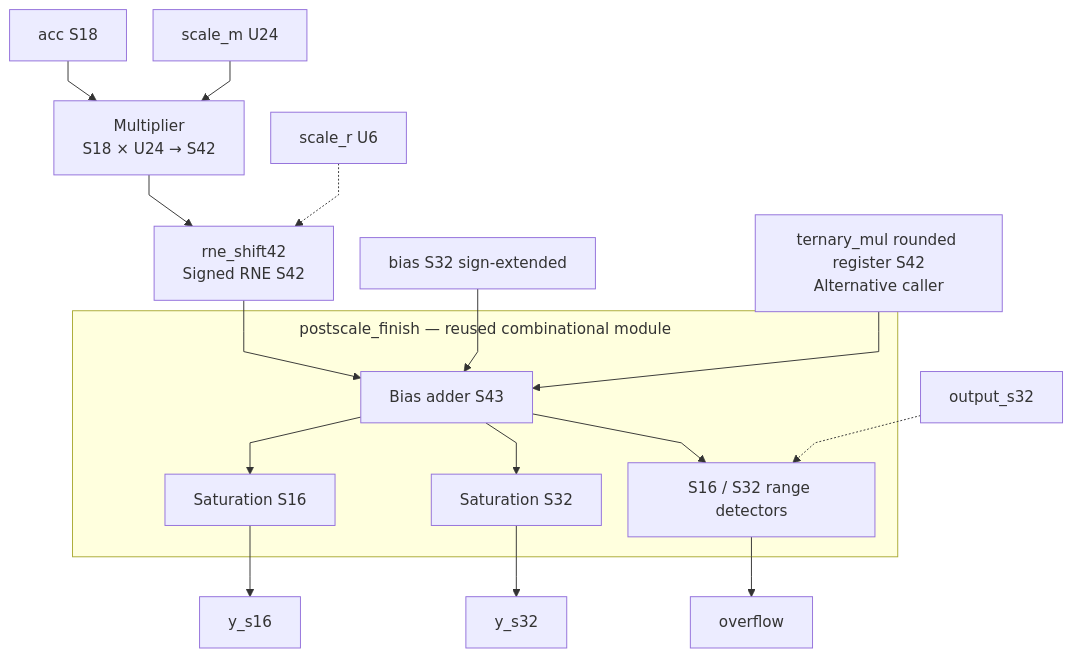
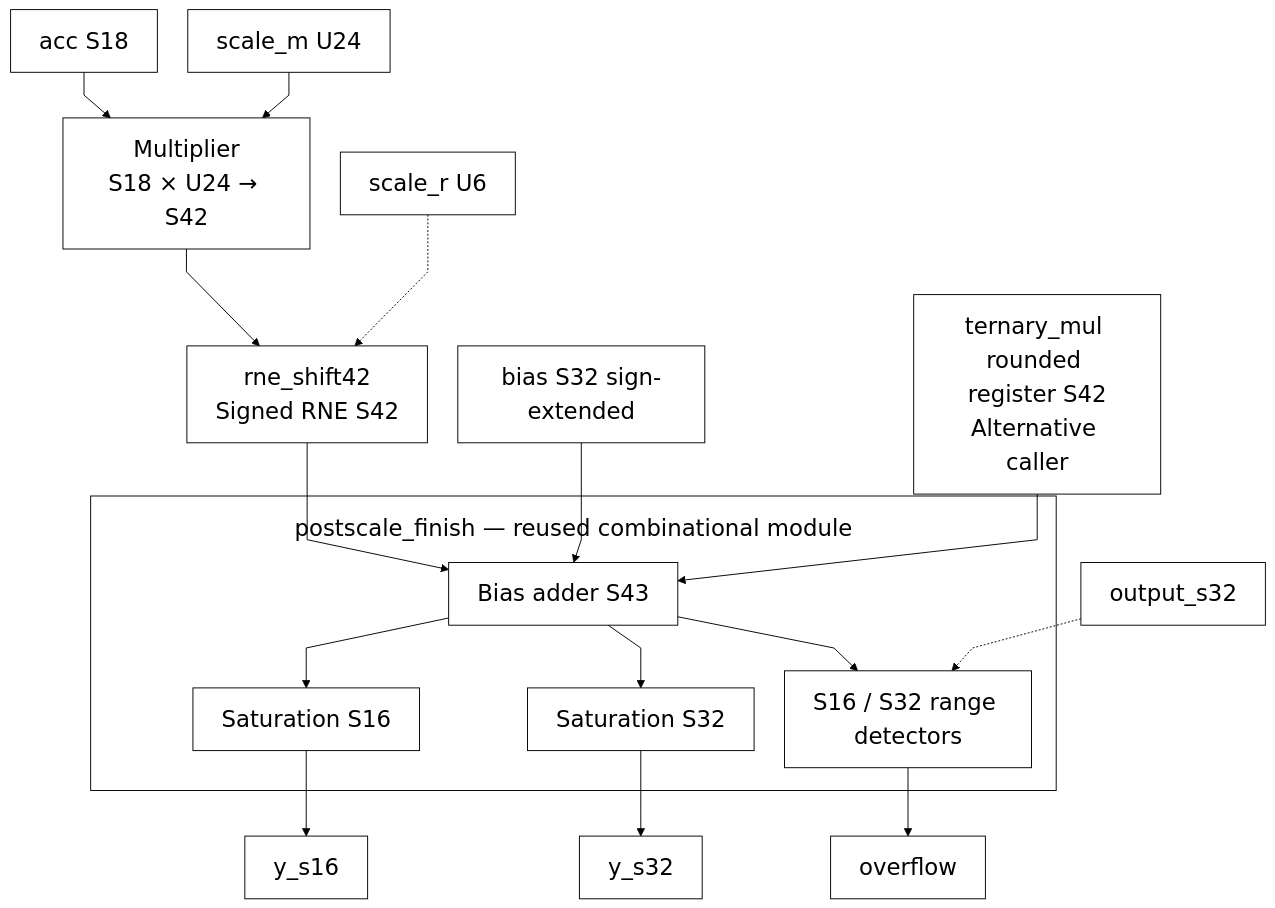
One commit to nguyennhutkhanhtom/NPU changed the first of 2 diagrams in docs/source_guide/blocks/postscale.sv.md. Above: the diagram before and after it, drawn with Mermaid. The commit also changed other lines of this file and 102 other files, not shown here.

First line of the commit message:
docs: refresh guides and source-grounded RTL diagrams

````diff
--- a/docs/source_guide/blocks/postscale.sv.md
+++ b/docs/source_guide/blocks/postscale.sv.md
@@ -15,24 +15,26 @@
 ```mermaid
+%%{init: {"theme":"base","fontFamily":"Arial, sans-serif","themeVariables":{"fontSize":"24px","primaryColor":"#ffffff","primaryTextColor":"#000000","primaryBorderColor":"#000000","secondaryColor":"#ffffff","tertiaryColor":"#ffffff","lineColor":"#000000","textColor":"#000000","mainBkg":"#ffffff","nodeBorder":"#000000","clusterBkg":"#ffffff","clusterBorder":"#000000","edgeLabelBackground":"#ffffff"},"flowchart":{"htmlLabels":true,"useMaxWidth":false,"nodeSpacing":32,"rankSpacing":48,"curve":"linear","subGraphTitleMargin":{"top":16,"bottom":30}}}}%%
 flowchart TB
-%%{init: {"flowchart": {"subGraphTitleMargin": {"top": 8, "bottom": 35}, "nodeSpacing": 28, "rankSpacing": 42, "curve": "linear"}}}%%
-    A["acc S18"] --> MUL["Multiplier<br/>S18 × U24 → S42"]
+A["acc S18"] --> MUL["Multiplier<br/>S18 × U24 → S42"]
     M["scale_m U24"] --> MUL
     MUL --> RNE["rne_shift42<br/>Signed RNE S42"]
     R["scale_r U6"] -.-> RNE
     subgraph FIN["postscale_finish — reused combinational module"]
         ADD["Bias adder S43"]
         S16["Saturation S16"]
         S32["Saturation S32"]
         DET["S16 / S32 range detectors"]
     end
     RNE --> ADD
     B["bias S32 sign-extended"] --> ADD
     ADD --> S16
     ADD --> S32
     ADD --> DET
     F["output_s32"] -.-> DET
     S16 --> Y16["y_s16"]
     S32 --> Y32["y_s32"]
     DET --> OV["overflow"]
     REG["ternary_mul rounded register S42<br/>Alternative caller"] --> ADD
+    classDef default fill:white,stroke:black,color:black,font-size:24px;
+    linkStyle default stroke:black,color:black;
 ```
````
